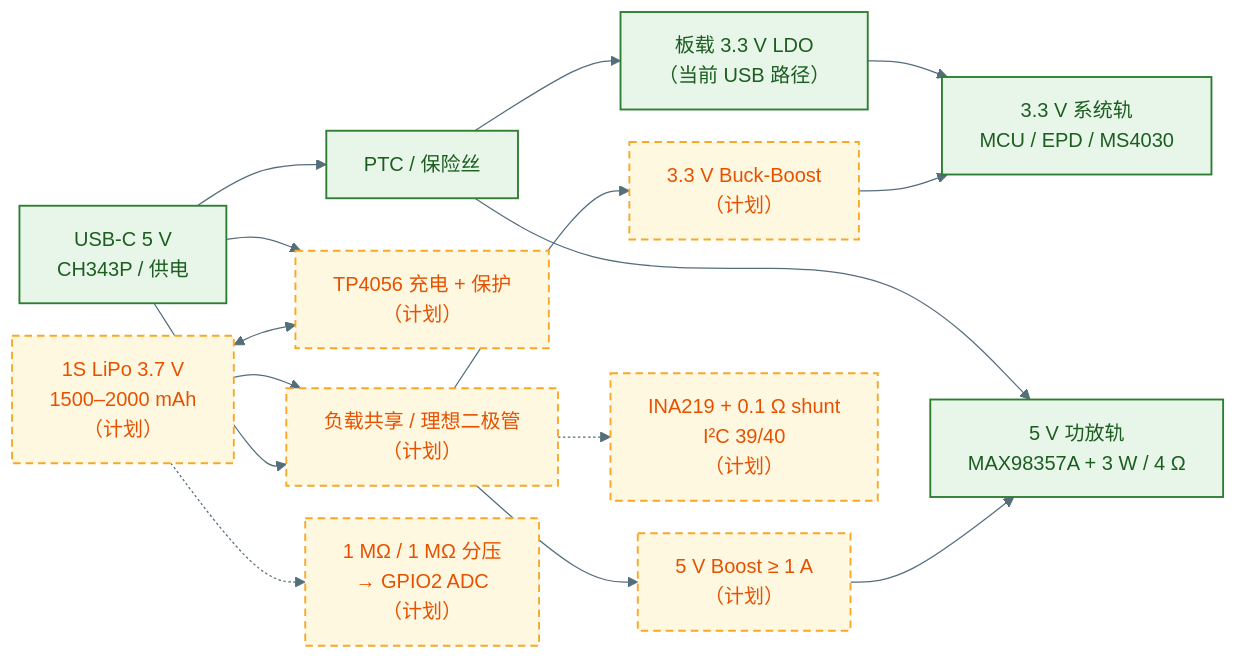
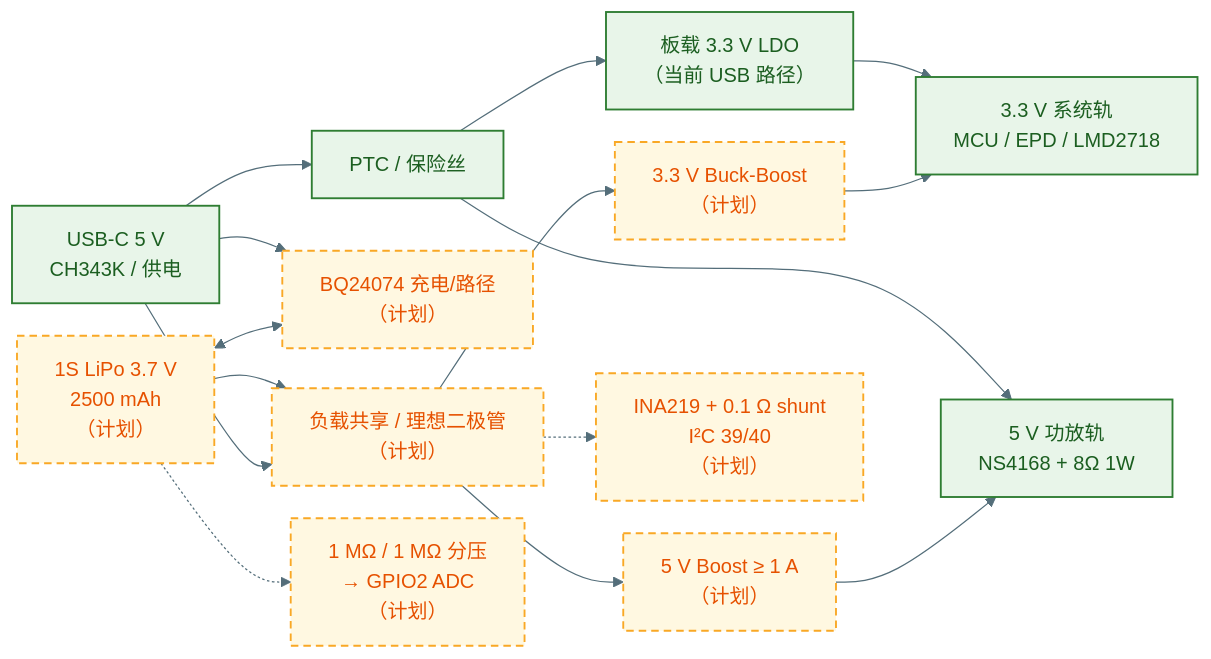
The diagram in docs/diagrams/src/power-tree.mmd (kyhx/E-Ink-English-Learning-Device-KYHX), drawn with Mermaid before and after one commit. The commit also changed 24 other files, not shown here.

```diff
--- a/docs/diagrams/src/power-tree.mmd
+++ b/docs/diagrams/src/power-tree.mmd
@@ -1,48 +1,48 @@
 %%{init: {
   "theme": "base",
   "themeVariables": {
     "fontFamily": "Microsoft YaHei, Segoe UI, sans-serif",
     "fontSize": "16px",
     "primaryColor": "#ffffff",
     "primaryBorderColor": "#37474f",
     "lineColor": "#546e7a",
     "tertiaryColor": "#f5f7f8"
   },
   "flowchart": {"curve": "basis", "nodeSpacing": 26, "rankSpacing": 42}
 }}%%
 flowchart LR
-  USB["USB-C 5 V<br/>CH343P / 供电"]
+  USB["USB-C 5 V<br/>CH343K / 供电"]
   FUSE["PTC / 保险丝"]
   LDO["板载 3.3 V LDO<br/>（当前 USB 路径）"]
-  RAIL3["3.3 V 系统轨<br/>MCU / EPD / MS4030"]
-  AMP5["5 V 功放轨<br/>MAX98357A + 3 W / 4 Ω"]
+  RAIL3["3.3 V 系统轨<br/>MCU / EPD / LMD2718"]
+  AMP5["5 V 功放轨<br/>NS4168 + 8Ω 1W"]
 
-  BATT["1S LiPo 3.7 V<br/>1500–2000 mAh<br/>（计划）"]
-  CHG["TP4056 充电 + 保护<br/>（计划）"]
+  BATT["1S LiPo 3.7 V<br/>2500 mAh<br/>（计划）"]
+  CHG["BQ24074 充电/路径<br/>（计划）"]
   PATH["负载共享 / 理想二极管<br/>（计划）"]
   BOOST["5 V Boost ≥ 1 A<br/>（计划）"]
   BUCK["3.3 V Buck-Boost<br/>（计划）"]
   DIV["1 MΩ / 1 MΩ 分压<br/>→ GPIO2 ADC<br/>（计划）"]
   INA["INA219 + 0.1 Ω shunt<br/>I²C 39/40<br/>（计划）"]
 
   USB --> FUSE
   FUSE --> LDO
   LDO --> RAIL3
   FUSE --> AMP5
 
   USB --> CHG
   BATT <--> CHG
   BATT --> PATH
   USB --> PATH
   PATH --> BOOST
   PATH --> BUCK
   BOOST --> AMP5
   BUCK --> RAIL3
   BATT -.-> DIV
   PATH -.-> INA
 
   classDef current fill:#e8f5e9,stroke:#2e7d32,color:#1b5e20,stroke-width:1.5px
   classDef planned fill:#fff8e1,stroke:#f9a825,color:#e65100,stroke-dasharray:6 4,stroke-width:1.5px
   classDef load fill:#e3f2fd,stroke:#1565c0,color:#0d47a1,stroke-width:1.5px
   class USB,FUSE,LDO,RAIL3,AMP5 current
   class BATT,CHG,PATH,BOOST,BUCK,DIV,INA planned
```
